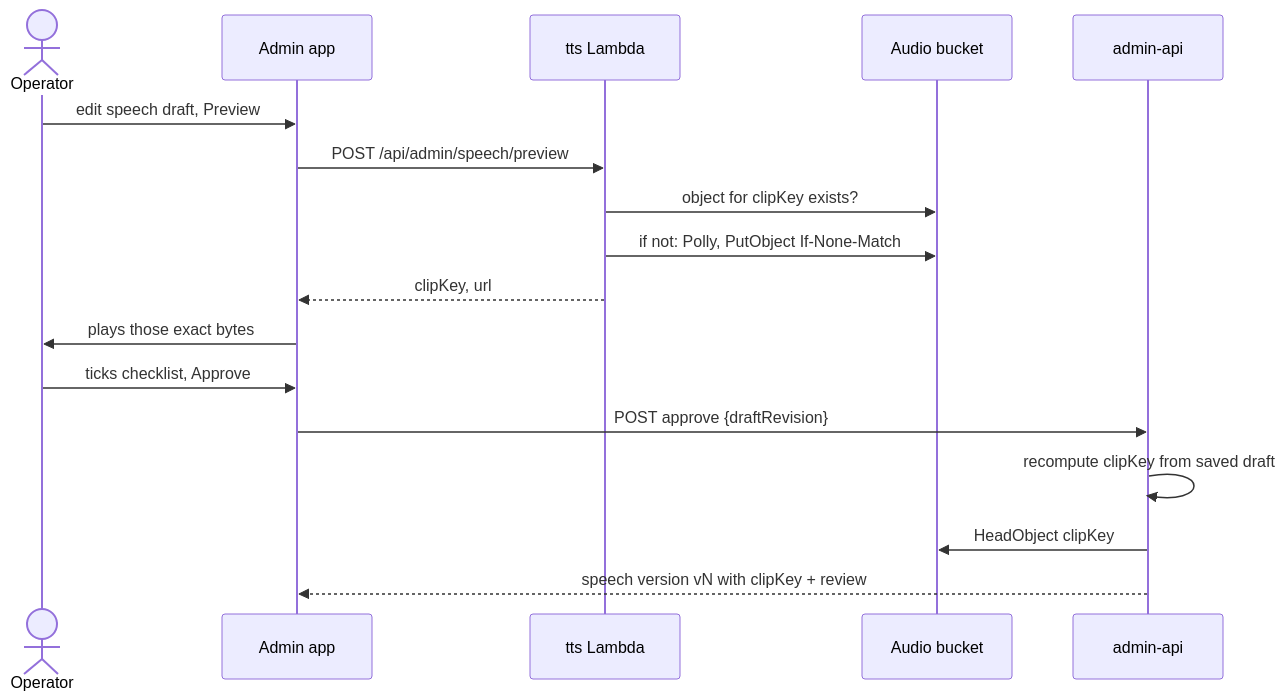
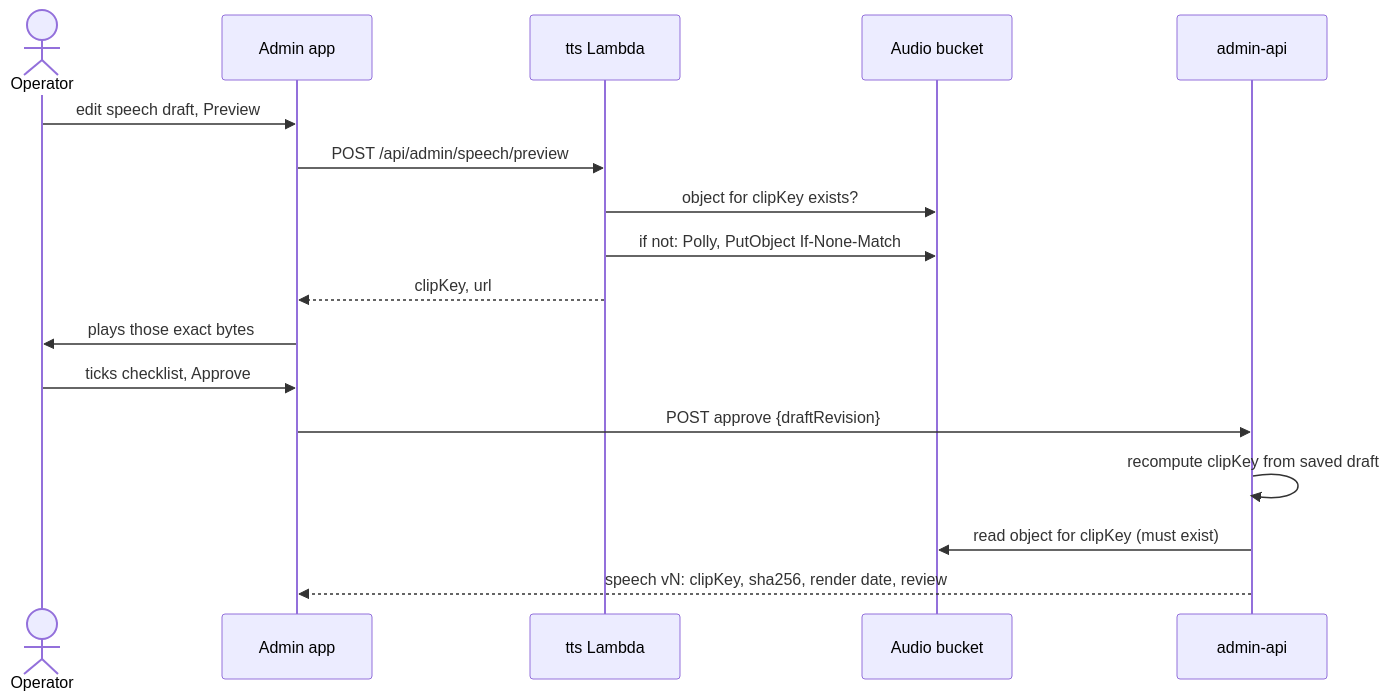
Before and after one commit to jacklavelle286/space-tower-defence: the fourth of 4 diagrams in docs/plan/D-ux-and-content-operations.md, drawn with Mermaid. The commit also changed other lines of this file and 19 other files, not shown here.

````diff
--- a/docs/plan/D-ux-and-content-operations.md
+++ b/docs/plan/D-ux-and-content-operations.md
@@ -772,19 +810,19 @@
 ```mermaid
 sequenceDiagram
   actor Op as Operator
   participant UI as Admin app
   participant T as tts Lambda
   participant S3 as Audio bucket
   participant A as admin-api
   Op->>UI: edit speech draft, Preview
   UI->>T: POST /api/admin/speech/preview
   T->>S3: object for clipKey exists?
   T->>S3: if not: Polly, PutObject If-None-Match
   T-->>UI: clipKey, url
   UI->>Op: plays those exact bytes
   Op->>UI: ticks checklist, Approve
   UI->>A: POST approve {draftRevision}
   A->>A: recompute clipKey from saved draft
-  A->>S3: HeadObject clipKey
-  A-->>UI: speech version vN with clipKey + review
+  A->>S3: read object for clipKey (must exist)
+  A-->>UI: speech vN: clipKey, sha256, render date, review
 ```
````
